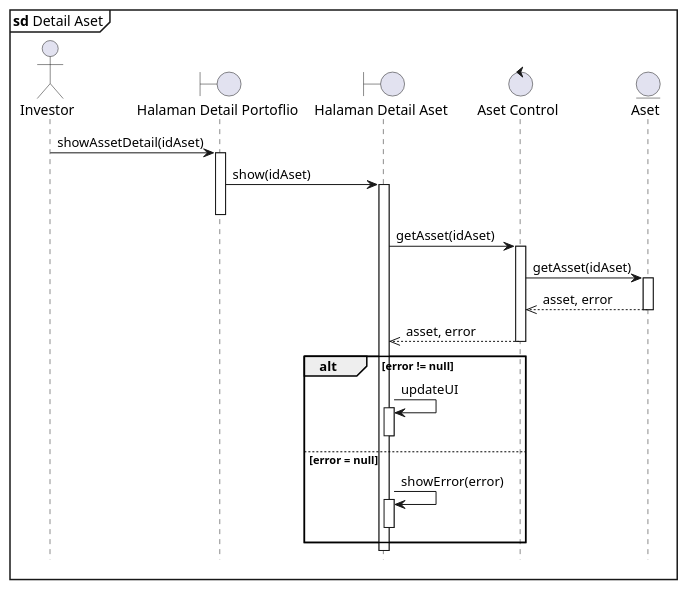
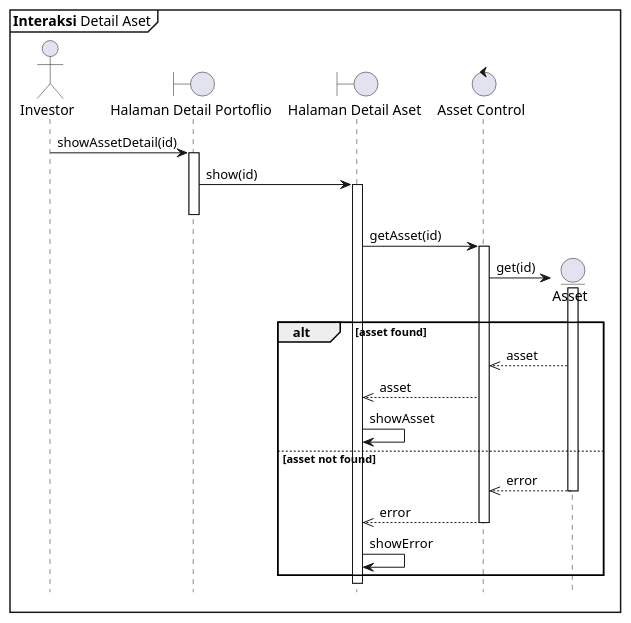
The diagram in sequence/detail-aset.puml (clarestarahma/manajemen-investasi), drawn with PlantUML before and after one commit. The commit also changed 19 other files, not shown here.

```diff
--- a/sequence/detail-aset.puml
+++ b/sequence/detail-aset.puml
@@ -1,36 +1,40 @@
 @startuml Sequence
 
 hide footbox
-autoactivate on
 
-mainframe **sd** Detail Aset
+mainframe **Interaksi** Detail Aset
 
 actor Investor as I
 boundary "Halaman Detail Portoflio" as HDP
 boundary "Halaman Detail Aset" as HDA
-control "Aset Control" as AC
-entity "Aset" as A
+control "Asset Control" as AC
+entity "Asset" as A
 
-I -> HDP : showAssetDetail(idAset)
+I -> HDP : showAssetDetail(id)
+activate HDP
 
-HDP -> HDA : show(idAset)
-
+HDP -> HDA : show(id)
+activate HDA
 deactivate HDP
 
-HDA -> AC : getAsset(idAset)
+HDA -> AC : getAsset(id)
+activate AC
 
-AC -> A : getAsset(idAset)
+AC -> A ** : get(id)
+activate A
 
-A -->> AC : asset, error
+alt asset found
+  A -->> AC : asset
+  AC -->> HDA : asset
+  HDA -> HDA : showAsset
+else asset not found
+  A -->> AC : error
+  deactivate A
 
-AC -->> HDA : asset, error
+  AC -->> HDA : error
+  deactivate AC
 
-alt error != null
-  HDA -> HDA : updateUI
-  deactivate HDA
-else error = null
-  HDA -> HDA : showError(error)
-  deactivate HDA
+  HDA -> HDA : showError
 end
 
 @enduml
```
